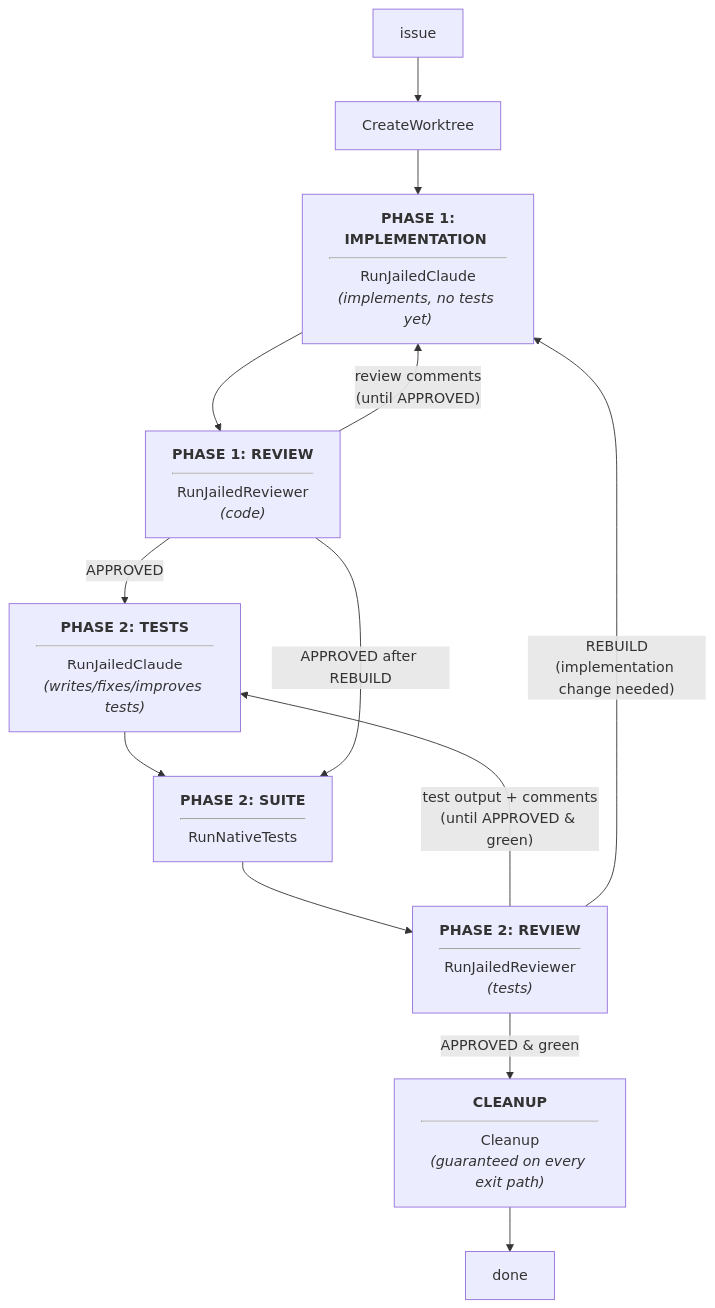
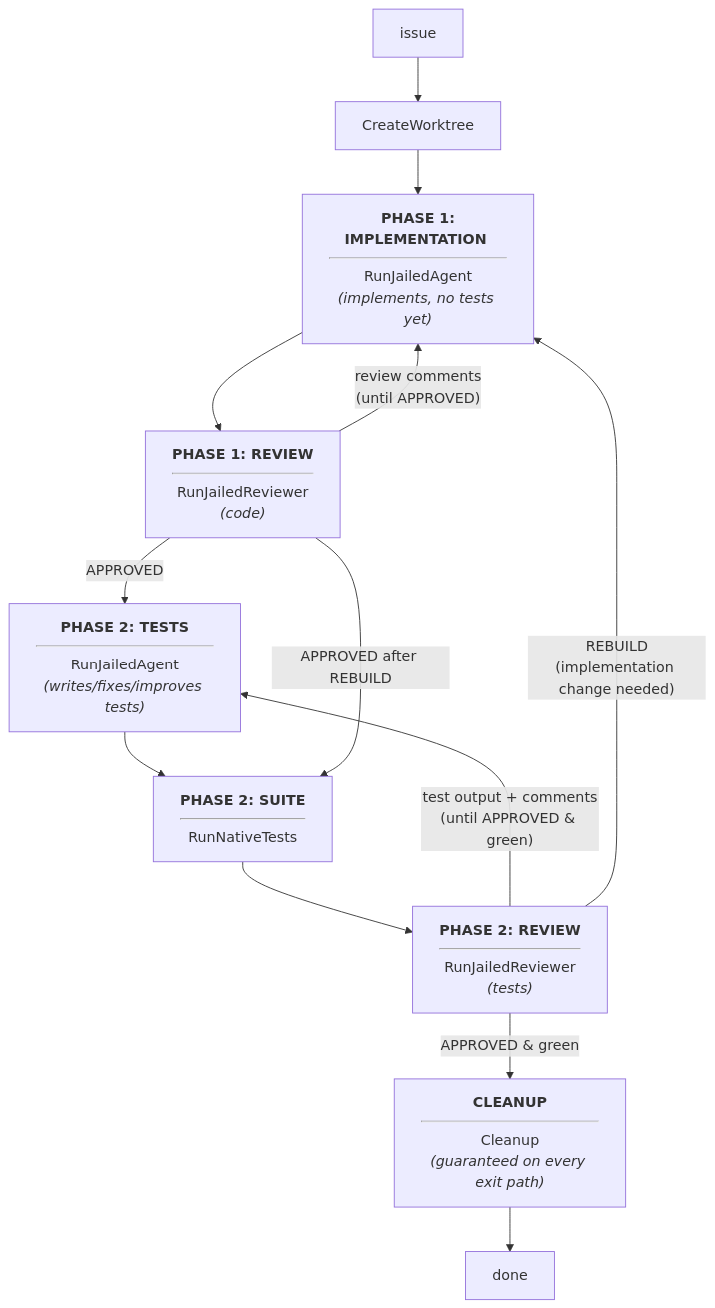
One commit to ozzono/daedalus changed the diagram in README.md. Above: the diagram before and after it, drawn with Mermaid. The commit also changed 33 other files, not shown here.

````diff
--- a/README.md
+++ b/README.md
@@ -31,39 +31,39 @@
 ```mermaid
 flowchart TD
     PROMPT["issue"] --> CREATE["CreateWorktree"]
     CREATE --> P1_IMPL
 
     %% Phase 1 Nodes
-    P1_IMPL["<b> PHASE 1: IMPLEMENTATION </b><hr/>RunJailedClaude<br/><i>(implements, no tests yet)</i>"]
+    P1_IMPL["<b> PHASE 1: IMPLEMENTATION </b><hr/>RunJailedAgent<br/><i>(implements, no tests yet)</i>"]
     P1_REV["<b> PHASE 1: REVIEW </b><hr/>RunJailedReviewer<br/><i>(code)</i>"]
 
     P1_IMPL --> P1_REV
     P1_REV -- "review comments<br/>(until APPROVED)" --> P1_IMPL
 
     P1_REV -- "APPROVED" --> P2_IMPL
 
     %% Phase 2 Nodes
-    P2_IMPL["<b> PHASE 2: TESTS </b><hr/>RunJailedClaude<br/><i>(writes/fixes/improves tests)</i>"]
+    P2_IMPL["<b> PHASE 2: TESTS </b><hr/>RunJailedAgent<br/><i>(writes/fixes/improves tests)</i>"]
     P2_TEST["<b> PHASE 2: SUITE </b><hr/>RunNativeTests"]
     P2_REV["<b> PHASE 2: REVIEW </b><hr/>RunJailedReviewer<br/><i>(tests)</i>"]
 
     P2_IMPL --> P2_TEST
     P2_TEST --> P2_REV
     P2_REV -- "test output + comments<br/>(until APPROVED & green)" --> P2_IMPL
 
     %% REBUILD: the test reviewer can send an implementation-level finding
     %% back through the dev cycle. After the code reviewer approves the
     %% rebuild, flow resumes at the suite re-run — no fresh test-agent
     %% round (the rebuild never touches test files); both sessions'
     %% context stays intact.
     P2_REV -- "REBUILD<br/>(implementation change needed)" --> P1_IMPL
     P1_REV -- "APPROVED after REBUILD" --> P2_TEST
 
     P2_REV -- "APPROVED & green" --> CLEAN
 
     %% Final Nodes
     CLEAN["<b> CLEANUP </b><hr/>Cleanup<br/><i>(guaranteed on every exit path)</i>"]
     DONE["done"]
 
     CLEAN --> DONE
 ```
````
